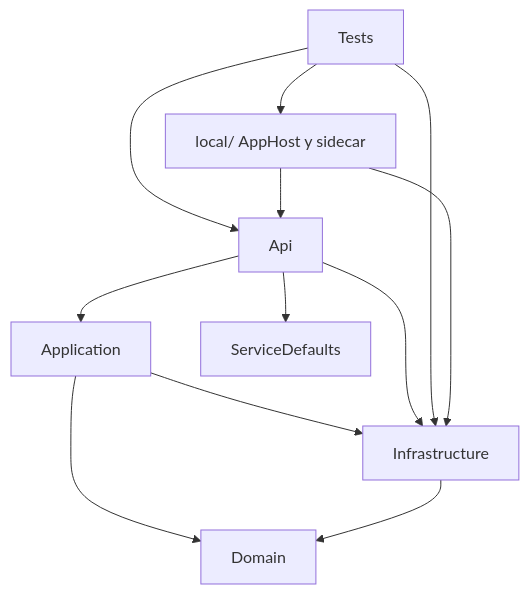
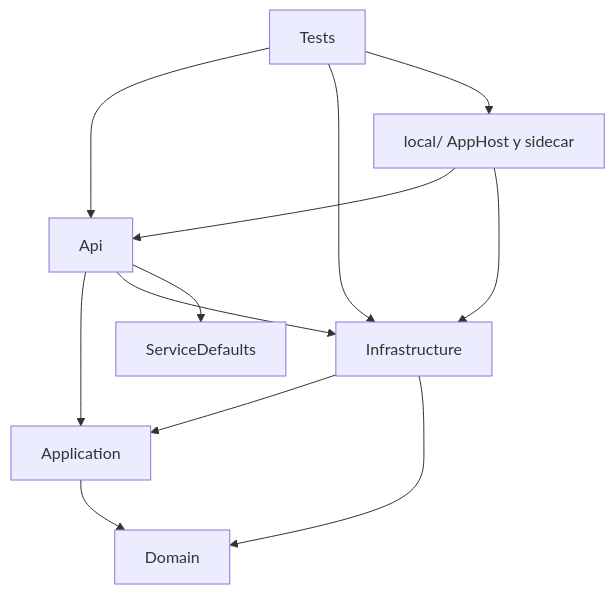
One commit to theodj97/CleanWebApiTemplate changed the first of 2 diagrams in docs/audit/03-architecture.md. Above: the diagram before and after it, drawn with Mermaid. The commit also changed other lines of this file and 62 other files, not shown here.

````diff
--- a/docs/audit/03-architecture.md
+++ b/docs/audit/03-architecture.md
@@ -5,22 +5,22 @@
 ```mermaid
 graph TD
     Domain[Domain]
     Application[Application]
     Infrastructure[Infrastructure]
     Api[Api]
     ServiceDefaults[ServiceDefaults]
     Tests[Tests]
     Local[local/ AppHost y sidecar]
 
     Application --> Domain
-    Application --> Infrastructure
+    Infrastructure --> Application
     Infrastructure --> Domain
     Api --> Application
     Api --> Infrastructure
     Api --> ServiceDefaults
     Tests --> Api
     Tests --> Infrastructure
     Tests --> Local
     Local --> Api
     Local --> Infrastructure
 ```
````
